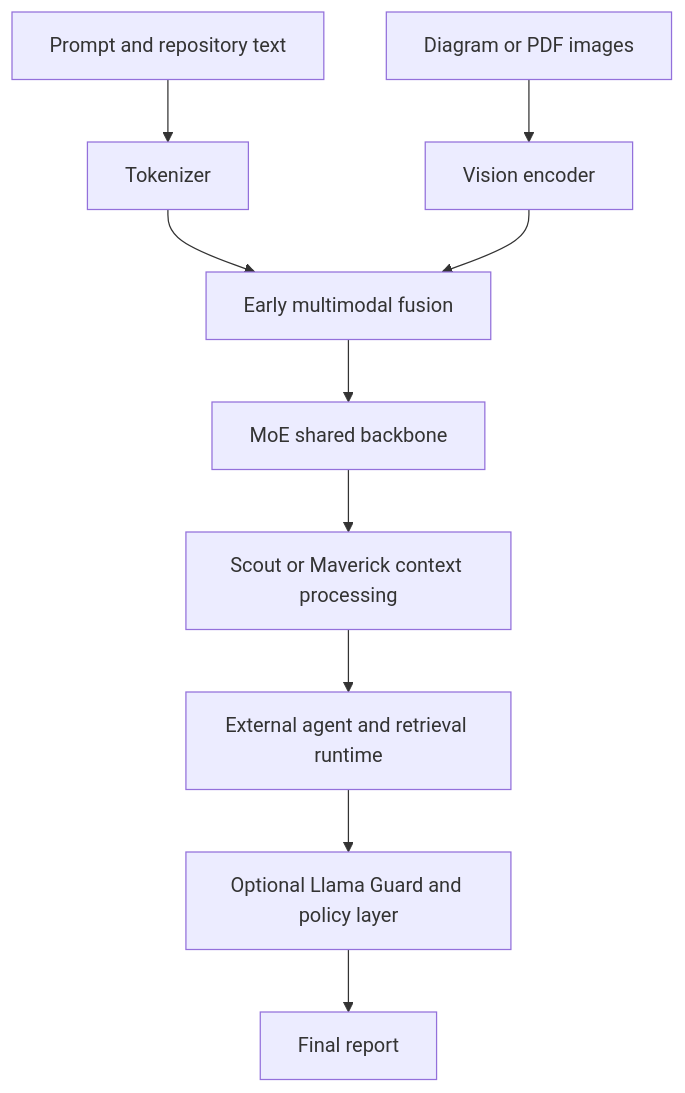
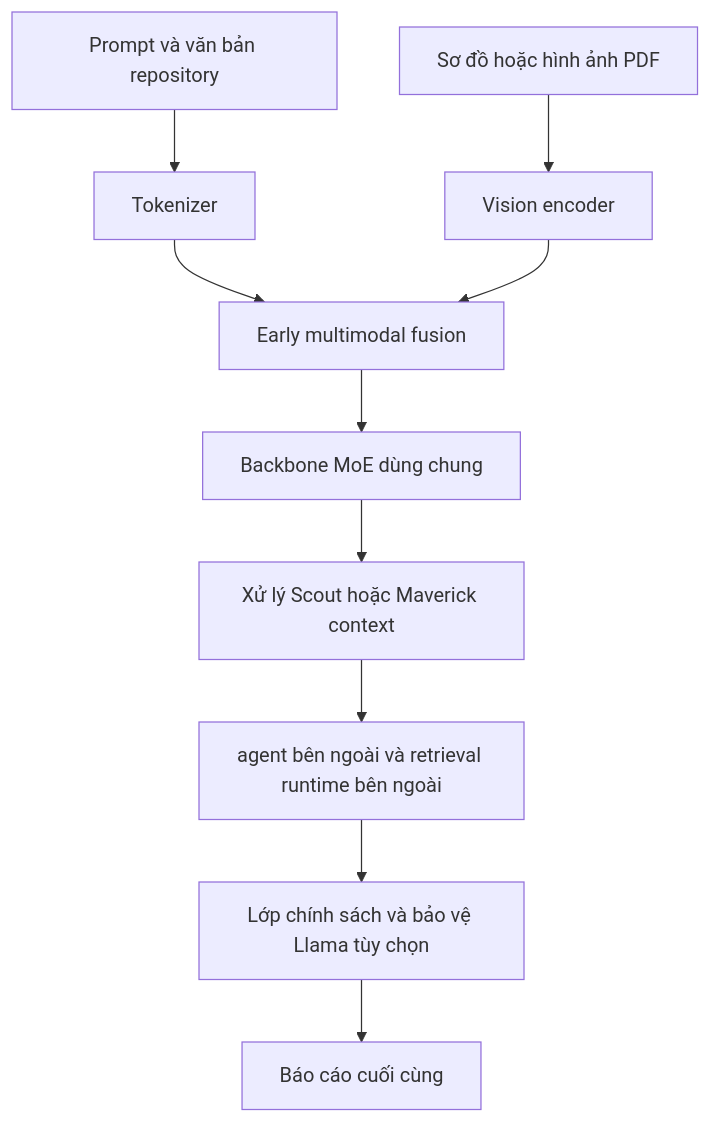
One commit to cycler04/VinRobotics-VLA changed diagram 16 of 28 in docs/research_finding/01-gwen/broad_overview/LLM_VLM/recent_llm_overview.md. Above: the diagram before and after it, drawn with Mermaid. The commit also changed other lines of this file and 79 other files, not shown here.

````diff
--- a/docs/research_finding/01-gwen/broad_overview/LLM_VLM/recent_llm_overview.md
+++ b/docs/research_finding/01-gwen/broad_overview/LLM_VLM/recent_llm_overview.md
@@ -1148,12 +1148,12 @@
 ```mermaid
 flowchart TD
-    Txt[Prompt and repository text] --> Tok[Tokenizer]
-    Img[Diagram or PDF images] --> Vision[Vision encoder]
+    Txt[Prompt và văn bản repository] --> Tok[Tokenizer]
+    Img[Sơ đồ hoặc hình ảnh PDF] --> Vision[Vision encoder]
     Tok --> Early[Early multimodal fusion]
     Vision --> Early
-    Early --> MoE[MoE shared backbone]
-    MoE --> Long[Scout or Maverick context processing]
-    Long --> Runtime[External agent and retrieval runtime]
-    Runtime --> Guard[Optional Llama Guard and policy layer]
-    Guard --> O[Final report]
+    Early --> MoE[Backbone MoE dùng chung]
+    MoE --> Long[Xử lý Scout hoặc Maverick context]
+    Long --> Runtime[agent bên ngoài và retrieval runtime bên ngoài]
+    Runtime --> Guard[Lớp chính sách và bảo vệ Llama tùy chọn]
+    Guard --> O[Báo cáo cuối cùng]
 ```
````
